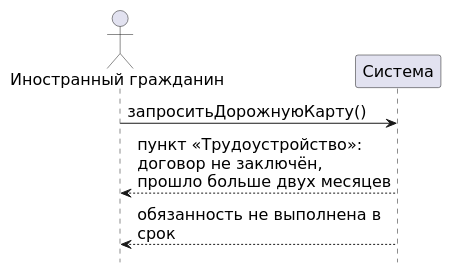
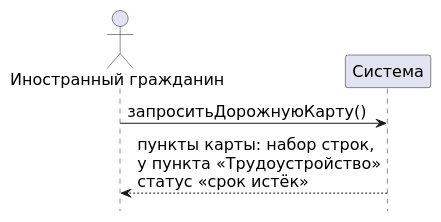
Before and after one commit to mflkee/study: the diagram in tsu/5sem/Функциональное моделирование систем/документы/src/04-p2-alternativa-srok.puml, drawn with PlantUML. The commit also changed 12 other files, not shown here.

Commit message:
лаб. 2-3: карта принадлежит гражданину, пункт карты без бизнес-логики, спецификация диаграмм

```diff
--- a/tsu/5sem/Функциональное моделирование систем/документы/src/04-p2-alternativa-srok.puml
+++ b/tsu/5sem/Функциональное моделирование систем/документы/src/04-p2-alternativa-srok.puml
@@ -1,13 +1,13 @@
 @startuml
 skinparam shadowing false
 skinparam defaultFontName "DejaVu Sans"
 skinparam defaultFontSize 16
 skinparam sequenceMessageAlign left
 skinparam maxMessageSize 260
 hide footbox
 actor "Иностранный гражданин" as IG
 participant "Система" as SYS
 IG -> SYS : запроситьДорожнуюКарту()
-SYS --> IG : пункт «Трудоустройство»:\nдоговор не заключён,\nпрошло больше двух месяцев
-SYS --> IG : обязанность не выполнена в срок
+SYS --> IG : пункты карты: набор строк,\nу пункта «Трудоустройство»\nстатус «срок истёк»
+
 @enduml
```
